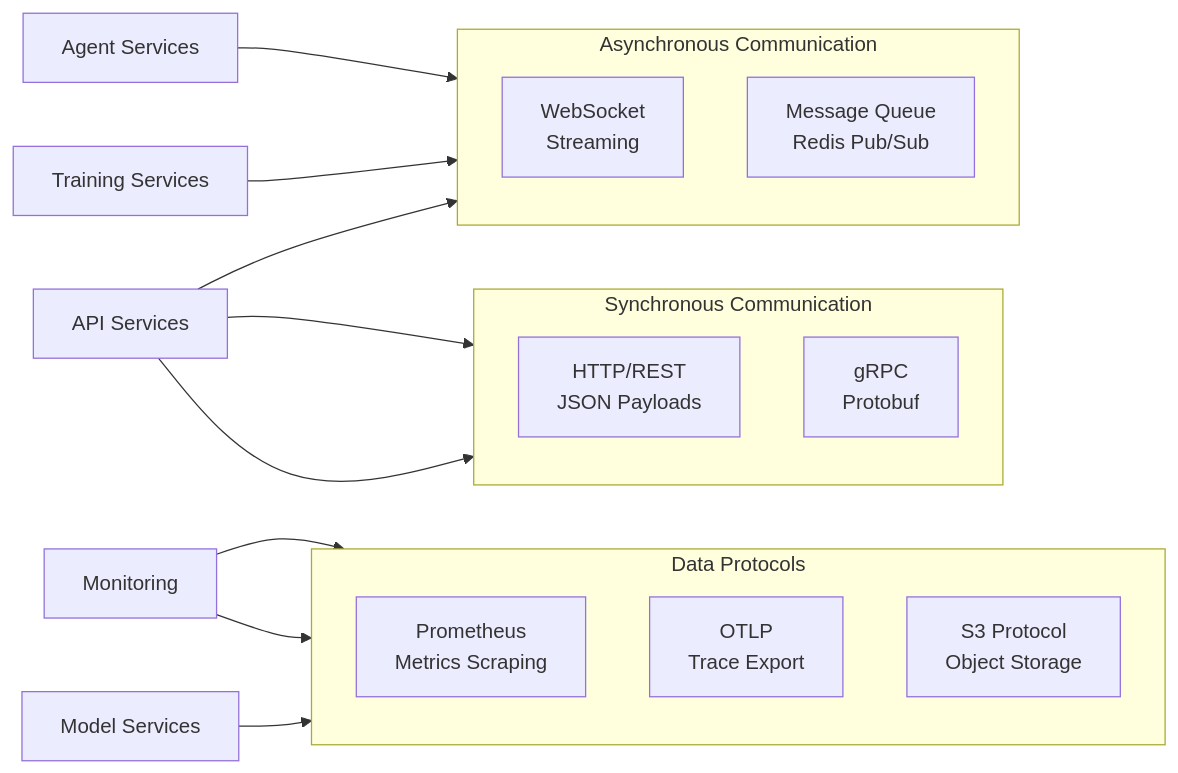
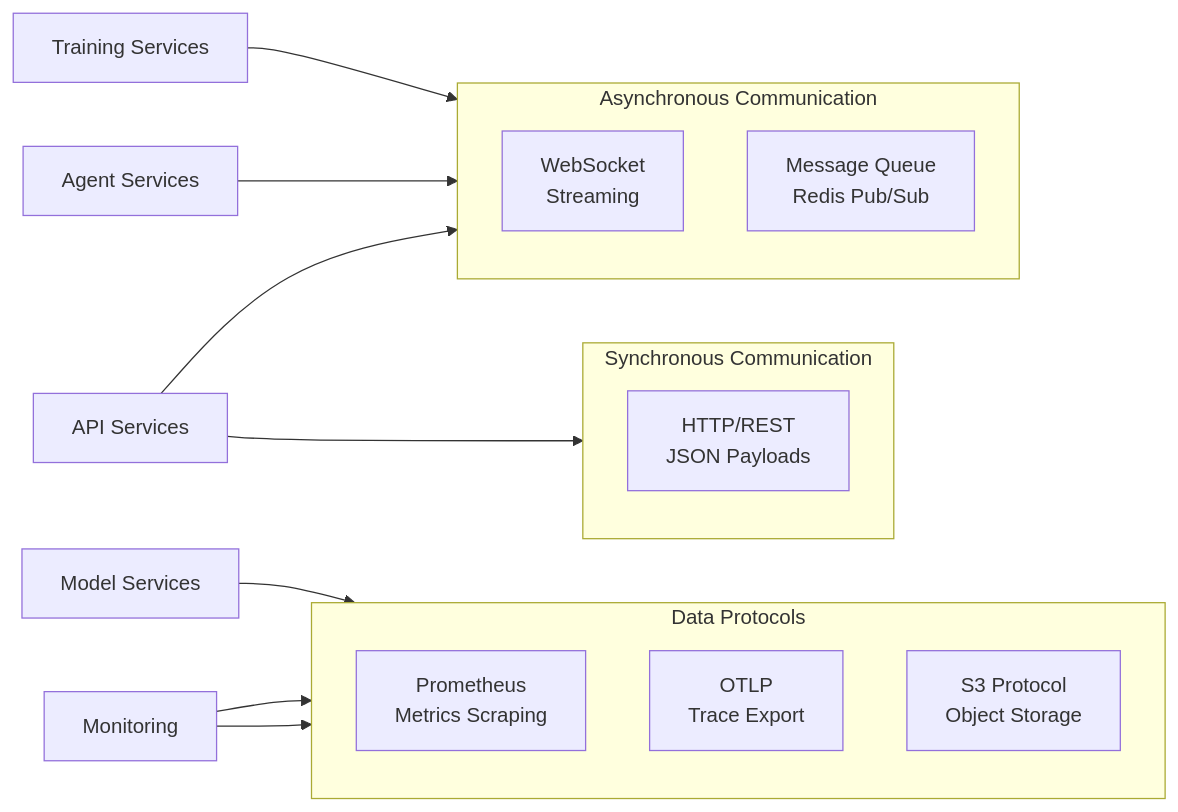
The fourth of 20 diagrams in docs/C4_MERMAID_ARCHITECTURE.md (ianshank/langgraph_multi_agent_mcts), drawn with Mermaid before and after one commit. The commit also changed other lines of this file and 3 other files, not shown here.

````diff
--- a/docs/C4_MERMAID_ARCHITECTURE.md
+++ b/docs/C4_MERMAID_ARCHITECTURE.md
@@ -227,32 +224,30 @@
 ```mermaid
 flowchart LR
     subgraph Sync["Synchronous Communication"]
         direction TB
         HTTP[HTTP/REST<br/>JSON Payloads]
-        GRPC_SYNC[gRPC<br/>Protobuf]
     end
 
     subgraph Async["Asynchronous Communication"]
         direction TB
         WEBSOCKET[WebSocket<br/>Streaming]
         QUEUE[Message Queue<br/>Redis Pub/Sub]
     end
 
     subgraph Data["Data Protocols"]
         direction TB
         PROM[Prometheus<br/>Metrics Scraping]
         OTLP[OTLP<br/>Trace Export]
         S3_PROTO[S3 Protocol<br/>Object Storage]
     end
 
     API_SVC[API Services] --> HTTP
-    API_SVC --> GRPC_SYNC
     API_SVC --> WEBSOCKET
 
     AGENTS_SVC[Agent Services] --> QUEUE
     TRAINING_SVC[Training Services] --> QUEUE
 
     MONITORING[Monitoring] --> PROM
     MONITORING --> OTLP
     MODELS_SVC[Model Services] --> S3_PROTO
 ```
````
